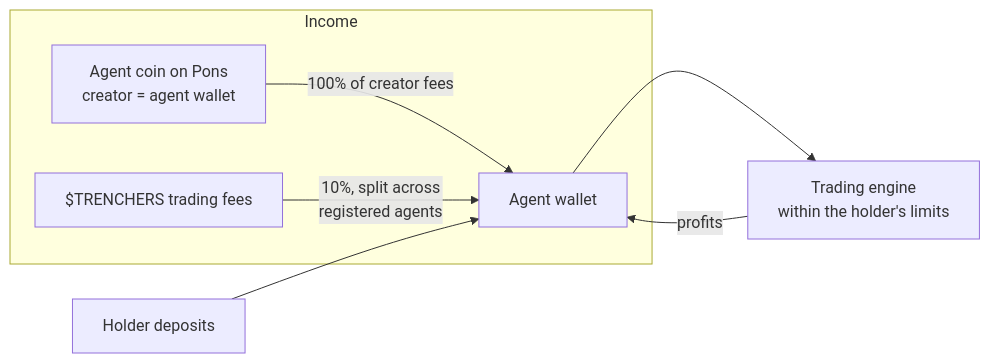
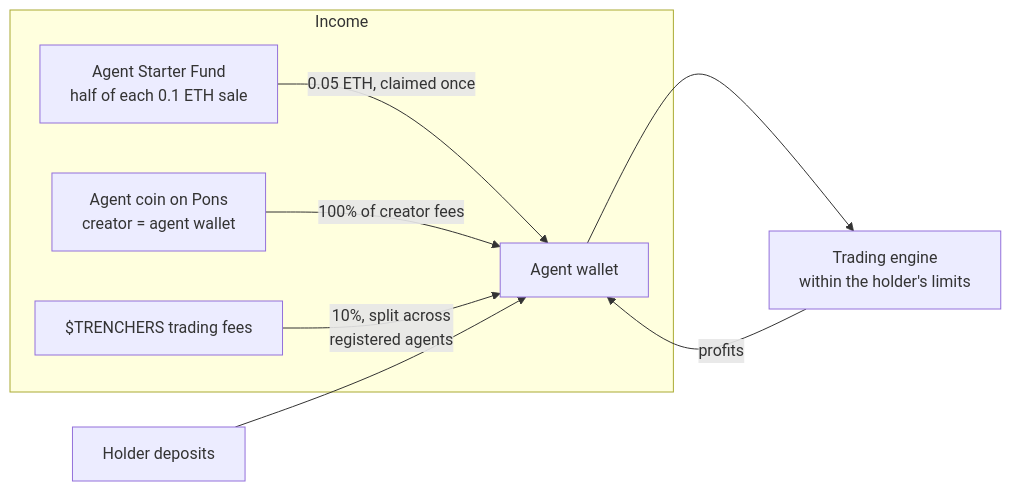
Before and after one commit to trenchersio/trenchers: the second of 5 diagrams in README.md, drawn with Mermaid. The commit also changed other lines of this file and 2037 other files, not shown here.

Commit message:
0.1 ETH agents with a 0.05 ETH Agent Starter Fund claim, optional coin launch, HD vector Collection with popups, header dropdowns, redesigned sections

````diff
--- a/README.md
+++ b/README.md
@@ -133,10 +137,11 @@
 ```mermaid
 flowchart LR
     subgraph Income
+      S[Agent Starter Fund<br/>half of each 0.1 ETH sale] -->|0.05 ETH, claimed once| W
       C[Agent coin on Pons<br/>creator = agent wallet] -->|100% of creator fees| W
       T[$TRENCHERS trading fees] -->|10%, split across<br/>registered agents| W
     end
     D[Holder deposits] --> W[Agent wallet]
     W --> E[Trading engine<br/>within the holder's limits]
     E -->|profits| W
 ```
````
